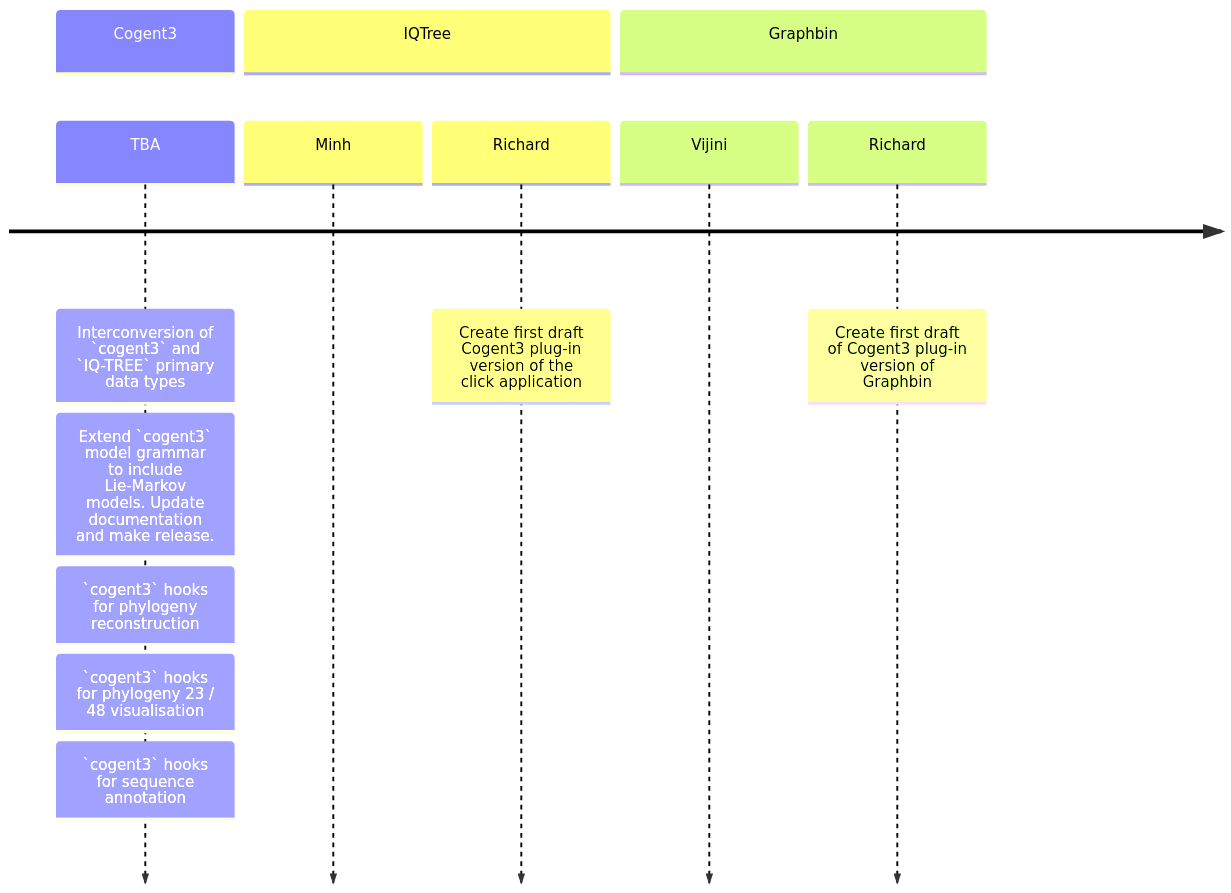
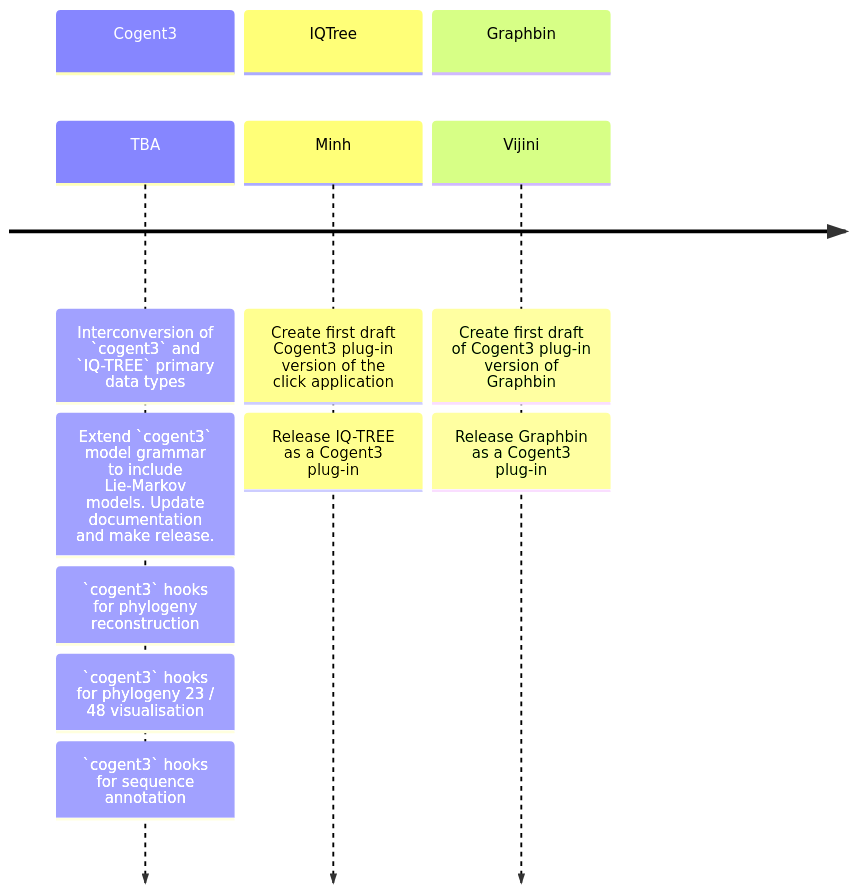
The fourth of 4 diagrams in docs/milestones.md (khiron/testscriv), drawn with Mermaid before and after one commit. The commit also changed other lines of this file and 1 other file, not shown here.

````diff
--- a/docs/milestones.md
+++ b/docs/milestones.md
@@ -91,19 +97,19 @@
 ```mermaid
 timeline
 section Cogent3
 TBA 
 : Interconversion of `cogent3` and `IQ-TREE` primary data types 
 : Extend `cogent3` model grammar to include Lie-Markov models. Update documentation and make release. 
 : `cogent3` hooks for phylogeny reconstruction : `cogent3` hooks for phylogeny 23 / 48 visualisation : `cogent3` hooks for sequence annotation
 
 
 section IQTree
 Minh 
-Richard
 : Create first draft Cogent3 plug-in version of the click application
+: Release IQ-TREE as a Cogent3 plug-in
 
 section Graphbin 
 Vijini 
-Richard
 : Create first draft of Cogent3 plug-in version of Graphbin
+: Release Graphbin as a Cogent3 plug-in
 ```
````
